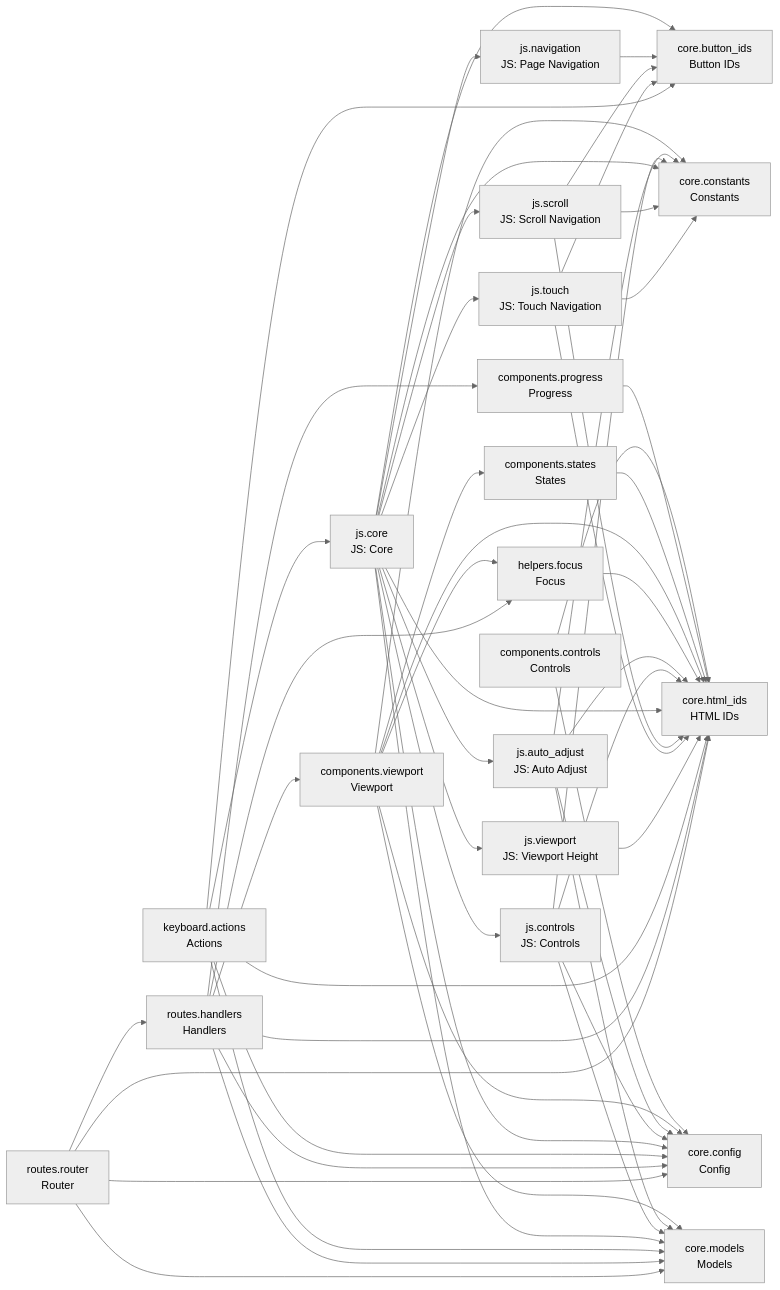
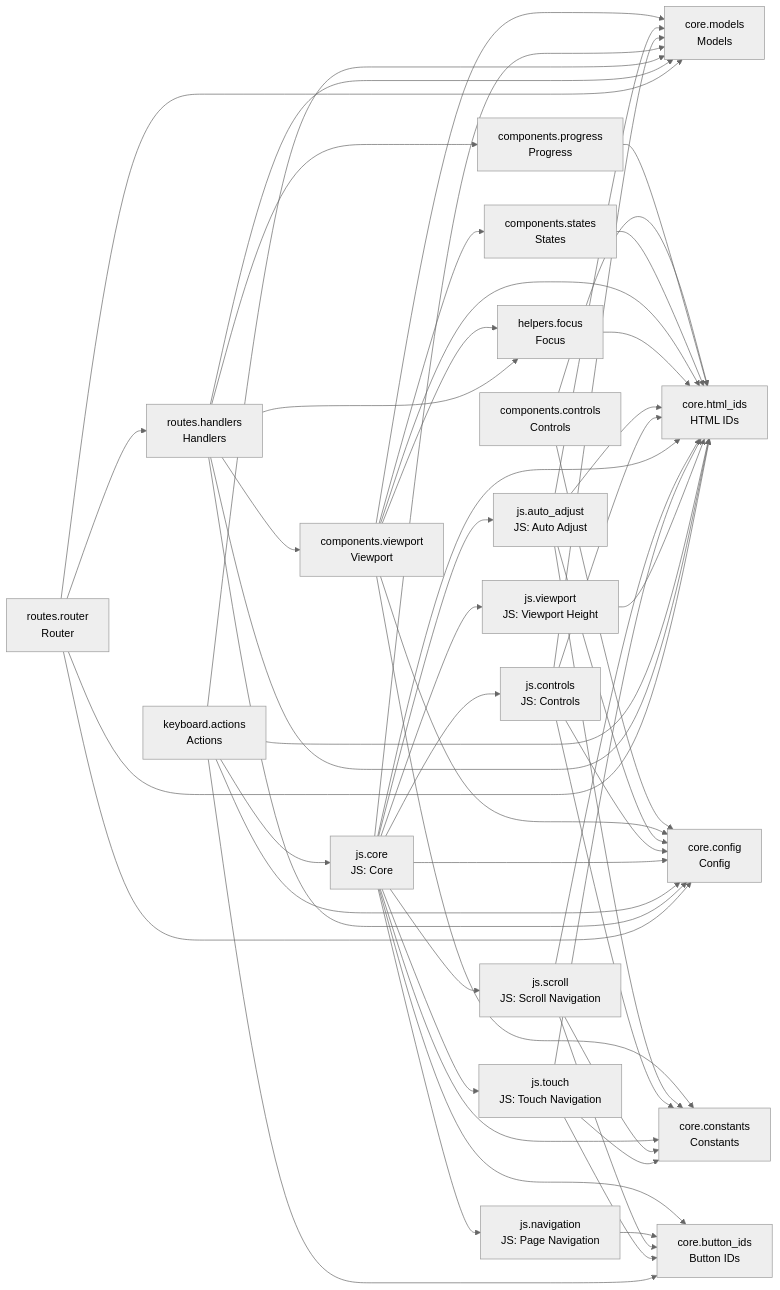
The diagram in README.md (cj-mills/cjm-fasthtml-card-stack), drawn with Mermaid (neutral theme) before and after one commit. The commit also changed other lines of this file and 6 other files, not shown here.

Commit message:
Migrate viewport height calculation to cjm-fasthtml-viewport-fit library with sibling observation and scroll-to-top delegation.

````diff
--- a/README.md
+++ b/README.md
@@ -46,77 +46,77 @@
 ``` mermaid
 graph LR
     components_controls[components.controls<br/>Controls]
     components_progress[components.progress<br/>Progress]
     components_states[components.states<br/>States]
     components_viewport[components.viewport<br/>Viewport]
     core_button_ids[core.button_ids<br/>Button IDs]
     core_config[core.config<br/>Config]
     core_constants[core.constants<br/>Constants]
     core_html_ids[core.html_ids<br/>HTML IDs]
     core_models[core.models<br/>Models]
     helpers_focus[helpers.focus<br/>Focus]
     js_auto_adjust[js.auto_adjust<br/>JS: Auto Adjust]
     js_controls[js.controls<br/>JS: Controls]
     js_core[js.core<br/>JS: Core]
     js_navigation[js.navigation<br/>JS: Page Navigation]
     js_scroll[js.scroll<br/>JS: Scroll Navigation]
     js_touch[js.touch<br/>JS: Touch Navigation]
     js_viewport[js.viewport<br/>JS: Viewport Height]
     keyboard_actions[keyboard.actions<br/>Actions]
     routes_handlers[routes.handlers<br/>Handlers]
     routes_router[routes.router<br/>Router]
 
+    components_controls --> core_config
     components_controls --> core_html_ids
-    components_controls --> core_config
     components_progress --> core_html_ids
     components_states --> core_html_ids
+    components_viewport --> helpers_focus
     components_viewport --> core_models
+    components_viewport --> core_constants
+    components_viewport --> core_config
     components_viewport --> core_html_ids
-    components_viewport --> helpers_focus
-    components_viewport --> core_config
     components_viewport --> components_states
-    components_viewport --> core_constants
     helpers_focus --> core_html_ids
-    js_auto_adjust --> core_models
-    js_auto_adjust --> core_html_ids
     js_auto_adjust --> core_constants
     js_auto_adjust --> core_config
+    js_auto_adjust --> core_html_ids
+    js_auto_adjust --> core_models
     js_controls --> core_constants
+    js_controls --> core_config
+    js_controls --> core_html_ids
     js_controls --> core_models
-    js_controls --> core_html_ids
-    js_controls --> core_config
-    js_core --> core_html_ids
-    js_core --> core_config
     js_core --> js_controls
     js_core --> core_constants
-    js_core --> js_navigation
-    js_core --> core_models
-    js_core --> core_button_ids
     js_core --> js_auto_adjust
     js_core --> js_viewport
+    js_core --> js_navigation
+    js_core --> js_scroll
+    js_core --> core_config
     js_core --> js_touch
-    js_core --> js_scroll
+    js_core --> core_models
+    js_core --> core_html_ids
+    js_core --> core_button_ids
     js_navigation --> core_button_ids
+    js_scroll --> core_html_ids
     js_scroll --> core_constants
-    js_scroll --> core_html_ids
     js_scroll --> core_button_ids
     js_touch --> core_constants
     js_touch --> core_html_ids
     js_touch --> core_button_ids
     js_viewport --> core_html_ids
+    keyboard_actions --> js_core
+    keyboard_actions --> core_config
+    keyboard_actions --> core_models
     keyboard_actions --> core_html_ids
-    keyboard_actions --> core_config
     keyboard_actions --> core_button_ids
-    keyboard_actions --> js_core
-    keyboard_actions --> core_models
     routes_handlers --> core_models
-    routes_handlers --> core_html_ids
+    routes_handlers --> components_progress
     routes_handlers --> core_config
-    routes_handlers --> components_progress
     routes_handlers --> helpers_focus
     routes_handlers --> components_viewport
+    routes_handlers --> core_html_ids
+    routes_router --> routes_handlers
     routes_router --> core_models
+    routes_router --> core_config
     routes_router --> core_html_ids
-    routes_router --> core_config
-    routes_router --> routes_handlers
 ```
````
